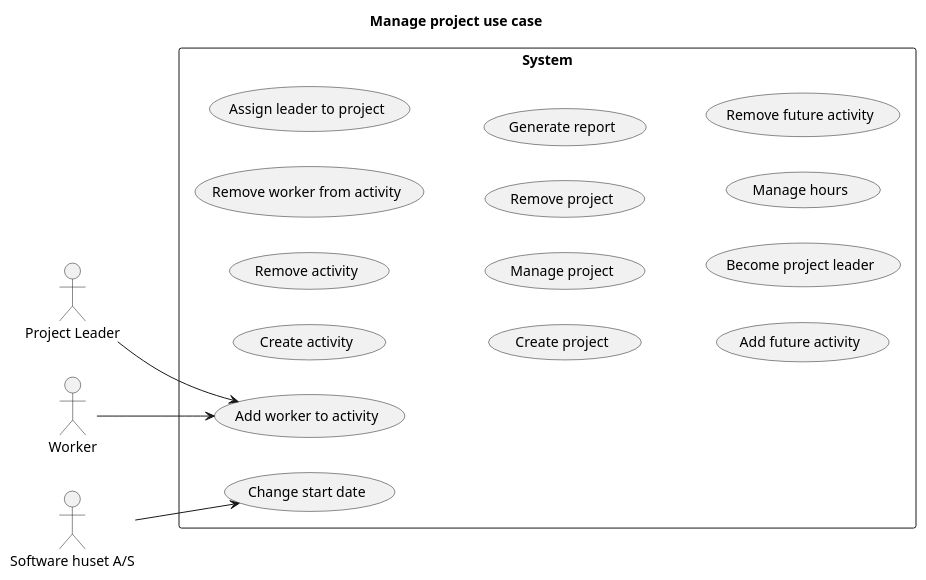
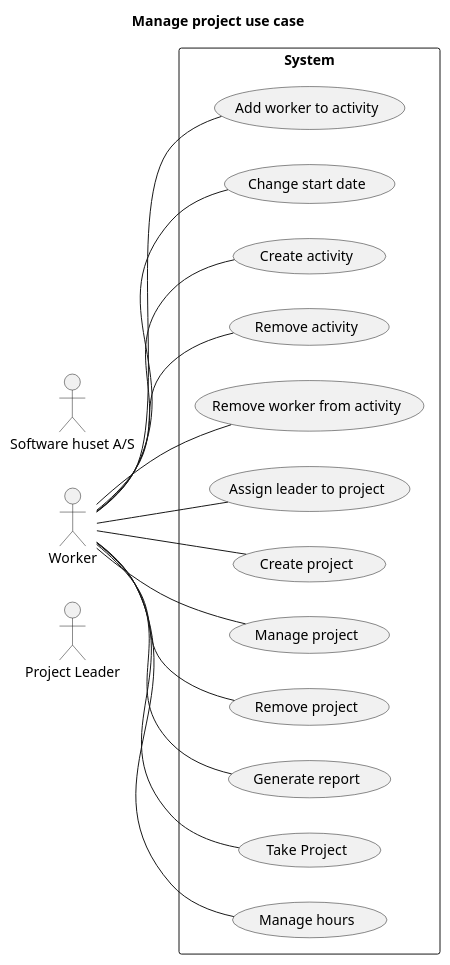
The diagram in usecases/use_cases.md (Shuhab-Siddigi/Software-Engineering), drawn with PlantUML before and after one commit. The commit also changed 1 other file, not shown here.

Commit message:
ændret i use case diagram

````diff
--- a/usecases/use_cases.md
+++ b/usecases/use_cases.md
@@ -3,37 +3,44 @@
 ```plantuml
 @startuml
 left to right direction
 title Manage project use case
 actor "Project Leader" as pl
 actor "Worker" as wo
 actor "Software huset A/S" as sh
 
 
 rectangle System {
   usecase "Add worker to activity" as UC1
   usecase "Change start date" as UC2
   usecase "Create activity" as UC3
   usecase "Remove activity" as UC4
   usecase "Remove worker from activity" as UC5
   usecase "Assign leader to project" as UC6
   usecase "Create project" as UC7
   usecase "Manage project" as UC8
   usecase "Remove project" as UC9
-  usecase "Generate report" as UC10
-  usecase "Add future activity" as UC11  
-  usecase "Become project leader" as UC12
-  usecase "Manage hours" as UC13
-  usecase "Remove future activity" as UC14
+  usecase "Generate report" as UC10 
+  usecase "Take Project" as UC11
+  usecase "Manage hours" as UC12
+
 
   
-pl --> UC1
+wo -- UC1
+wo -- UC2
+wo -- UC3
+wo -- UC4
+wo -- UC5
+wo -- UC6
+wo -- UC7
+wo -- UC8
+wo -- UC9
+wo -- UC10
 
-sh --> UC2
-
-wo --> UC1
+wo -- UC11
+wo -- UC12
 
 }
 
 
 @enduml
 ```
````
